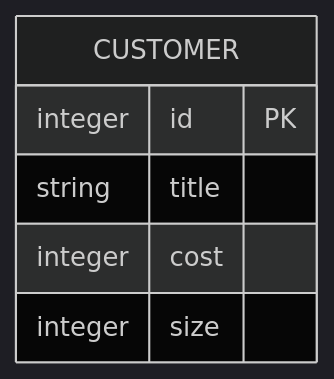
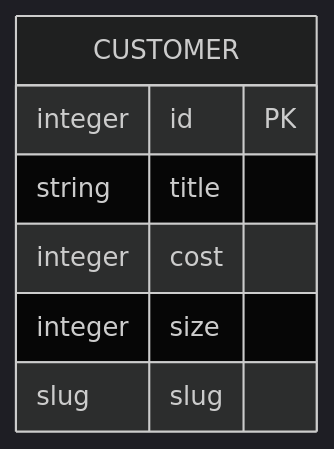
Before and after one commit to parsec-capitalism/backend: the diagram in README.md, drawn with Mermaid (dark theme). The commit also changed other lines of this file, not shown here.

````diff
--- a/README.md
+++ b/README.md
@@ -20,10 +71,11 @@
 ```mermaid
 erDiagram
     CUSTOMER
     CUSTOMER {
         integer id PK
         string title 
         integer cost
         integer size
+        slug slug
     }
 ```
````
